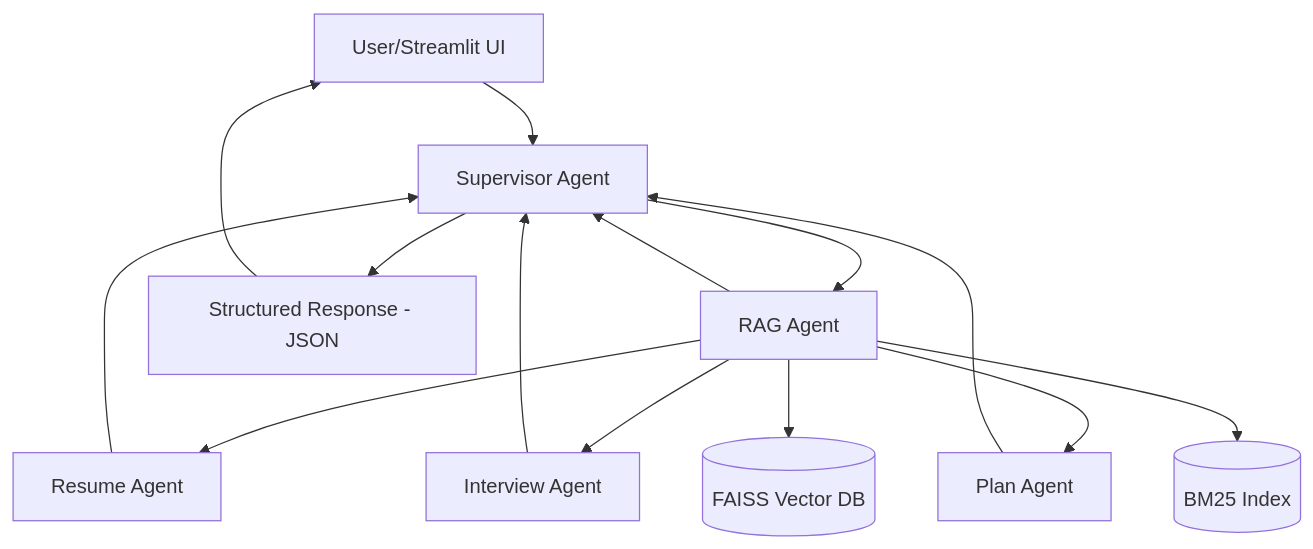
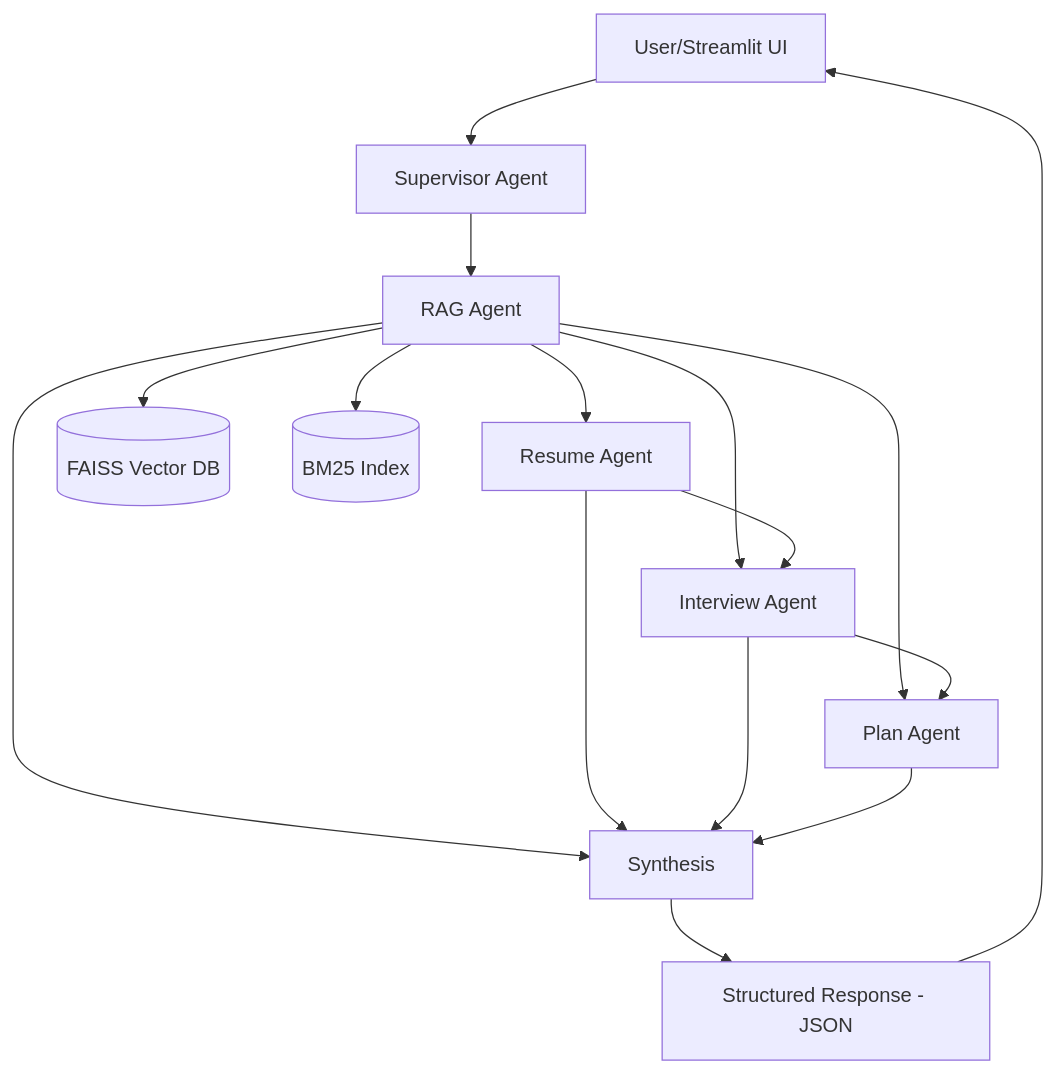
Before and after one commit to skax-hisover/AI-BootCamp: the first of 2 diagrams in docs/step2_planning_design.md, drawn with Mermaid. The commit also changed other lines of this file and 12 other files, not shown here.

````diff
--- a/docs/step2_planning_design.md
+++ b/docs/step2_planning_design.md
@@ -240,16 +240,18 @@
 ```mermaid
 flowchart TD
     U[User/Streamlit UI] --> S[Supervisor Agent]
     S --> G1[RAG Agent]
     G1 --> R1[Resume Agent]
     G1 --> I1[Interview Agent]
     G1 --> P1[Plan Agent]
+    G1 --> SY[Synthesis]
+    R1 --> I1
+    R1 --> SY
+    I1 --> P1
+    I1 --> SY
+    P1 --> SY
     G1 --> V[(FAISS Vector DB)]
     G1 --> B[(BM25 Index)]
-    R1 --> S
-    I1 --> S
-    P1 --> S
-    G1 --> S
-    S --> O["Structured Response - JSON"]
+    SY --> O["Structured Response - JSON"]
     O --> U
 ```
````
